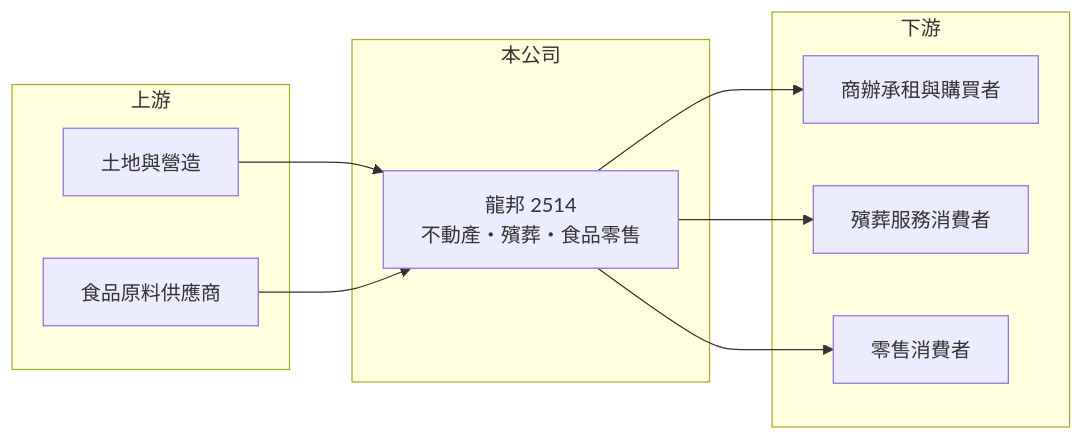
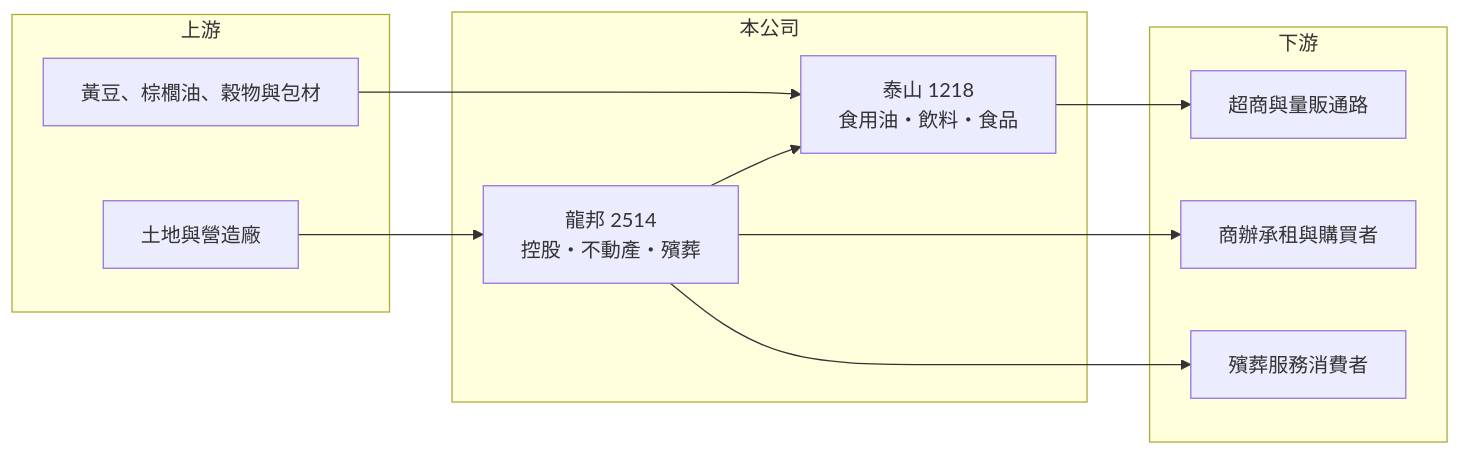
Before and after one commit to wangnick1004/taiwan-stock-vault: the diagram in 個股/台股/2514龍邦.md, drawn with Mermaid. The commit also changed other lines of this file and 12 other files, not shown here.

````diff
--- a/個股/台股/2514龍邦.md
+++ b/個股/台股/2514龍邦.md
@@ -85,20 +104,22 @@
 ```mermaid
 flowchart LR
     subgraph 上游
-        A1["土地與營造"]
-        A2["食品原料供應商"]
+        A1["黃豆、棕櫚油、穀物與包材"]
+        A2["土地與營造廠"]
     end
     subgraph 本公司
-        B["龍邦 2514<br/>不動產・殯葬・食品零售"]
+        B["龍邦 2514<br/>控股・不動產・殯葬"]
+        B2["泰山 1218<br/>食用油・飲料・食品"]
     end
     subgraph 下游
-        C1["商辦承租與購買者"]
-        C2["殯葬服務消費者"]
-        C3["零售消費者"]
+        C1["超商與量販通路"]
+        C2["商辦承租與購買者"]
+        C3["殯葬服務消費者"]
     end
-    A1 --> B
+    A1 --> B2
     A2 --> B
-    B --> C1
+    B --> B2
+    B2 --> C1
     B --> C2
     B --> C3
 ```
````
